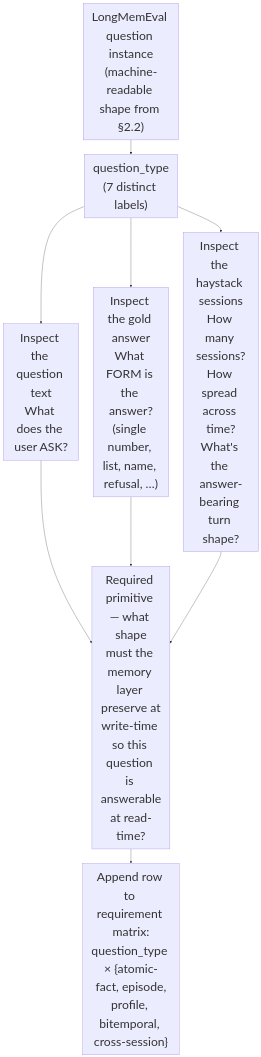
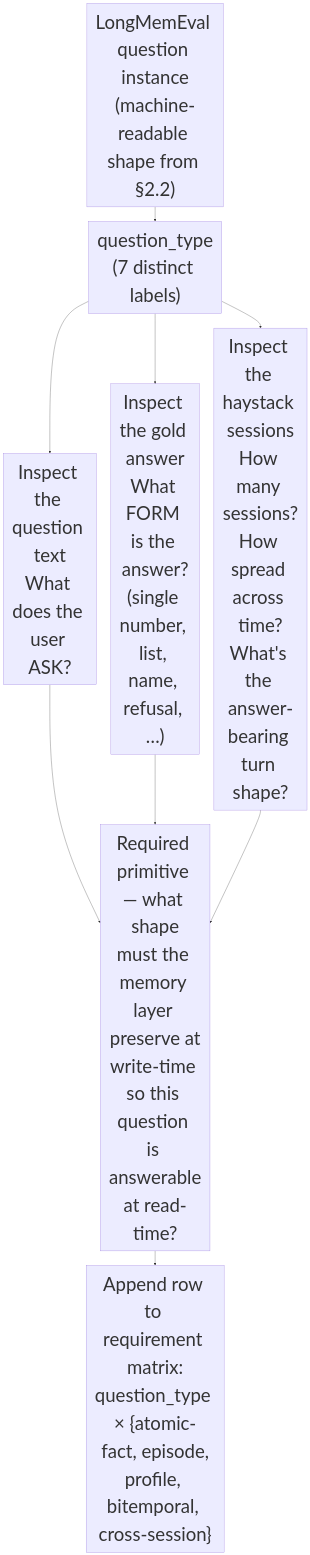
The fifth of 13 diagrams in Week 3.5.9 - Requirement-Driven Memory Architecture.md (shaneliuyx/agent-development-curriculum), drawn with Mermaid before and after one commit. The commit also changed other lines of this file and 2 other files, not shown here.

First line of the commit message:
docs(diagrams): bump mermaid fontSize 42px -> 64px + useMaxWidth:false

````diff
--- a/Week 3.5.9 - Requirement-Driven Memory Architecture.md
+++ b/Week 3.5.9 - Requirement-Driven Memory Architecture.md
@@ -288,12 +288,12 @@
 ```mermaid
-%%{init: {'theme':'default', 'themeVariables': {'fontSize':'42px'}}}%%
+%%{init: {'theme':'default', 'themeVariables': {'fontSize':'64px'}, 'flowchart':{'useMaxWidth':false}}}%%
 flowchart TD
   Q["LongMemEval question instance<br/>(machine-readable shape from §2.2)"] --> T["question_type<br/>(7 distinct labels)"]
   T --> P1["Inspect the question text<br/>What does the user ASK?"]
   T --> P2["Inspect the gold answer<br/>What FORM is the answer?<br/>(single number, list, name, refusal, …)"]
   T --> P3["Inspect the haystack sessions<br/>How many sessions?<br/>How spread across time?<br/>What's the answer-bearing turn shape?"]
   P1 --> R["Required primitive — what shape<br/>must the memory layer preserve at<br/>write-time so this question is answerable<br/>at read-time?"]
   P2 --> R
   P3 --> R
   R --> M["Append row to requirement matrix:<br/>question_type × {atomic-fact, episode,<br/>profile, bitemporal, cross-session}"]
 ```
````
